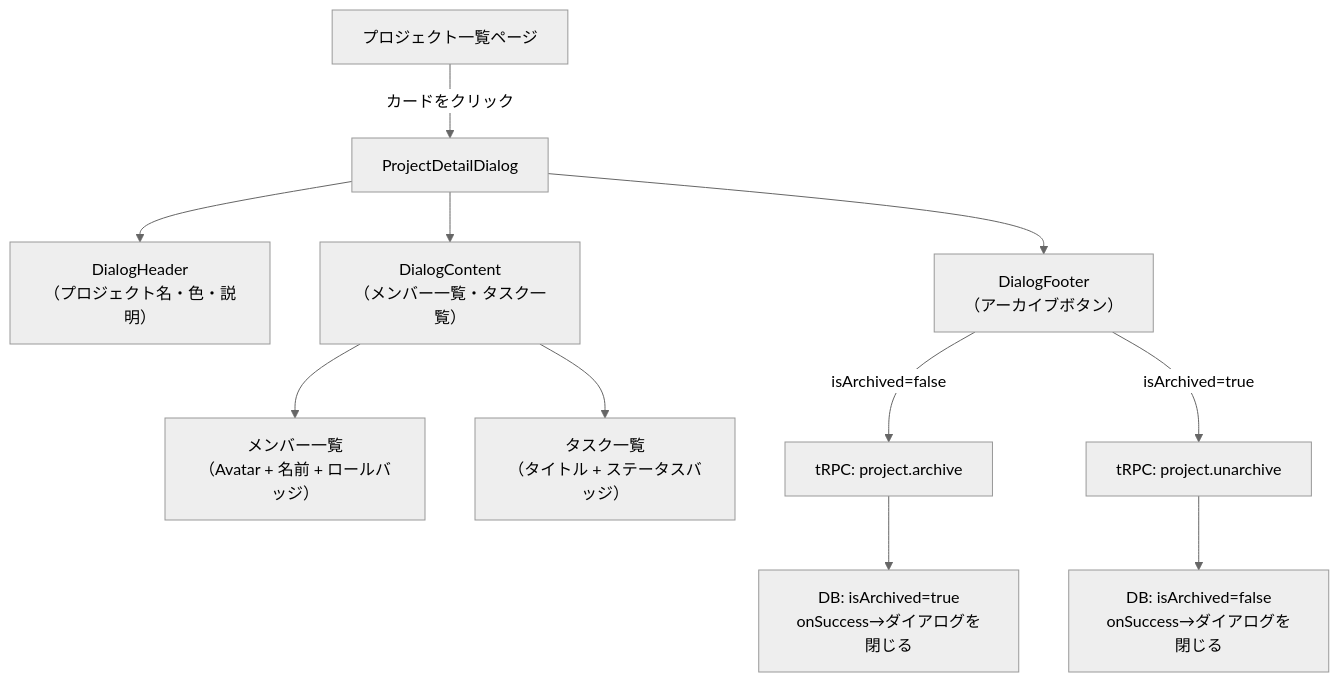
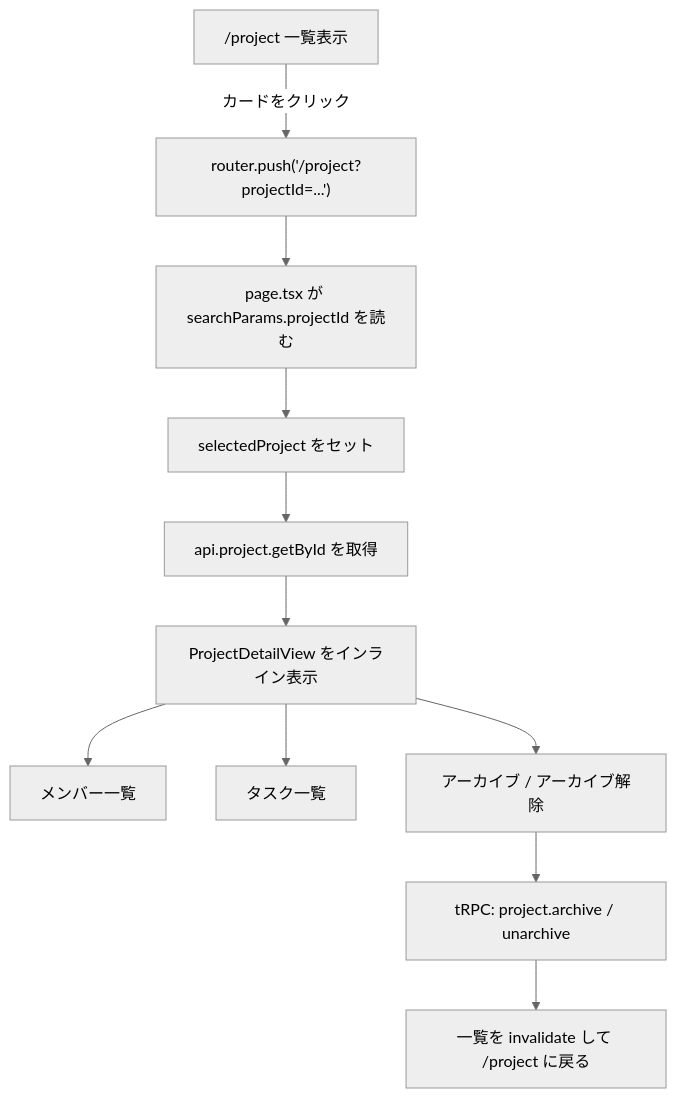
Before and after one commit to kouiso/task-app: the diagram in material/30days-curriculum/day27_プロジェクト詳細・アーカイブを実装しよう.md, drawn with Mermaid (neutral theme). The commit also changed other lines of this file, not shown here.

Commit message:
docs(curriculum): day27 UI 完成形を ProjectDetailView インライン構成に合わせる

````diff
--- a/material/30days-curriculum/day27_プロジェクト詳細・アーカイブを実装しよう.md
+++ b/material/30days-curriculum/day27_プロジェクト詳細・アーカイブを実装しよう.md
@@ -28,13 +34,13 @@
 ```mermaid
 flowchart TD
-    A["プロジェクト一覧ページ"] -->|"カードをクリック"| B["ProjectDetailDialog"]
-    B --> C["DialogHeader\n（プロジェクト名・色・説明）"]
-    B --> D["DialogContent\n（メンバー一覧・タスク一覧）"]
-    B --> E["DialogFooter\n（アーカイブボタン）"]
-    D --> F["メンバー一覧\n（Avatar + 名前 + ロールバッジ）"]
-    D --> G["タスク一覧\n（タイトル + ステータスバッジ）"]
-    E -->|"isArchived=false"| H["tRPC: project.archive"]
-    E -->|"isArchived=true"| I["tRPC: project.unarchive"]
-    H --> J["DB: isArchived=true\nonSuccess→ダイアログを閉じる"]
-    I --> K["DB: isArchived=false\nonSuccess→ダイアログを閉じる"]
+    A["/project 一覧表示"] -->|"カードをクリック"| B["router.push('/project?projectId=...')"]
+    B --> C["page.tsx が searchParams.projectId を読む"]
+    C --> D["selectedProject をセット"]
+    D --> E["api.project.getById を取得"]
+    E --> F["ProjectDetailView をインライン表示"]
+    F --> G["メンバー一覧"]
+    F --> H["タスク一覧"]
+    F --> I["アーカイブ / アーカイブ解除"]
+    I --> J["tRPC: project.archive / unarchive"]
+    J --> K["一覧を invalidate して /project に戻る"]
 ```
````
